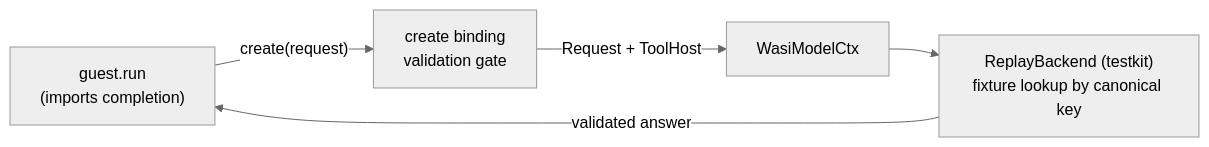
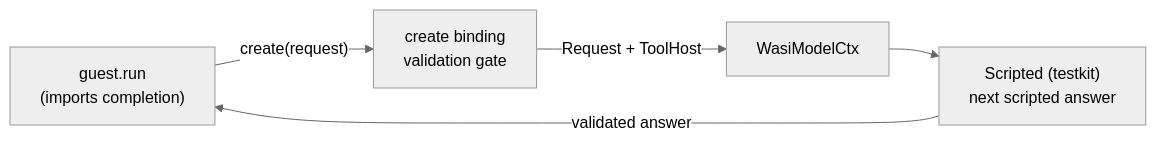
One commit to augentic/omnia changed the diagram in examples/model/README.md. Above: the diagram before and after it, drawn with Mermaid (neutral theme). The commit also changed other lines of this file and 22 other files, not shown here.

Commit message:
replace replay model backend with scripted backend

````diff
--- a/examples/model/README.md
+++ b/examples/model/README.md
@@ -12,7 +11,7 @@
 ```mermaid
 flowchart LR
   guest["guest.run<br/>(imports completion)"] -->|"create(request)"| bind["create binding<br/>validation gate"]
   bind -->|"Request + ToolHost"| ctx["WasiModelCtx"]
-  ctx --> replay["ReplayBackend (testkit)<br/>fixture lookup by canonical key"]
-  replay -->|"validated answer"| guest
+  ctx --> scripted["Scripted (testkit)<br/>next scripted answer"]
+  scripted -->|"validated answer"| guest
 ```
````
